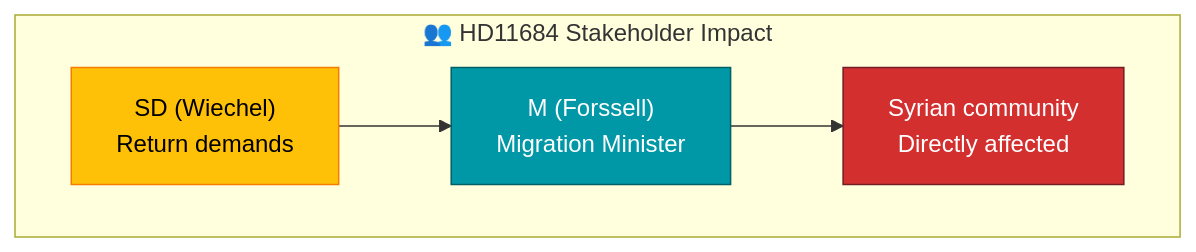
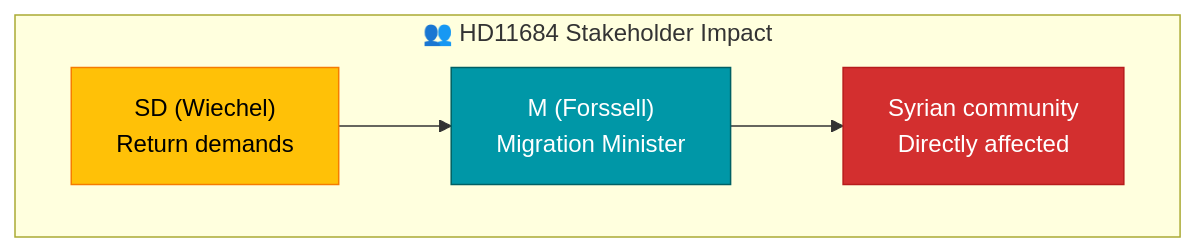
Before and after one commit to Hack23/riksdagsmonitor: the diagram in analysis/daily/2026-04-07/realtime-1411/documents/hd11684-analysis.md, drawn with Mermaid. The commit also changed 121 other files, not shown here.

````diff
--- a/analysis/daily/2026-04-07/realtime-1411/documents/hd11684-analysis.md
+++ b/analysis/daily/2026-04-07/realtime-1411/documents/hd11684-analysis.md
@@ -34,13 +34,13 @@
 ```mermaid
 graph TD
     subgraph "👥 HD11684 Stakeholder Impact"
         SD_W["SD (Wiechel)<br>Return demands"]
         M_F["M (Forssell)<br>Migration Minister"]
         SYRIAN["Syrian community<br>Directly affected"]
     end
     SD_W --> M_F
     M_F --> SYRIAN
     style SD_W fill:#FFC107,stroke:#F57C00,color:#000000
     style M_F fill:#0097A7,stroke:#006064,color:#FFFFFF
-    style SYRIAN fill:#D32F2F,stroke:#721c24,color:#FFFFFF
+    style SYRIAN fill:#D32F2F,stroke:#B71C1C,color:#FFFFFF
 ```
````
